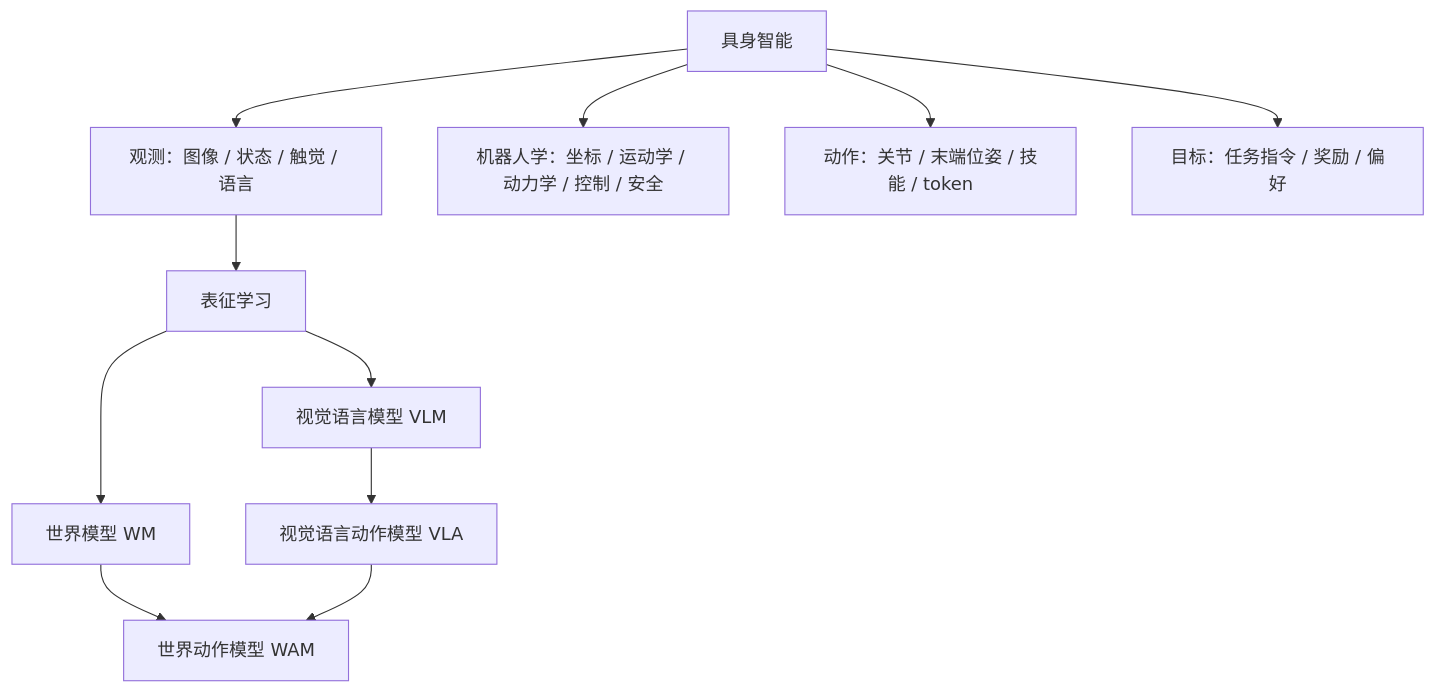
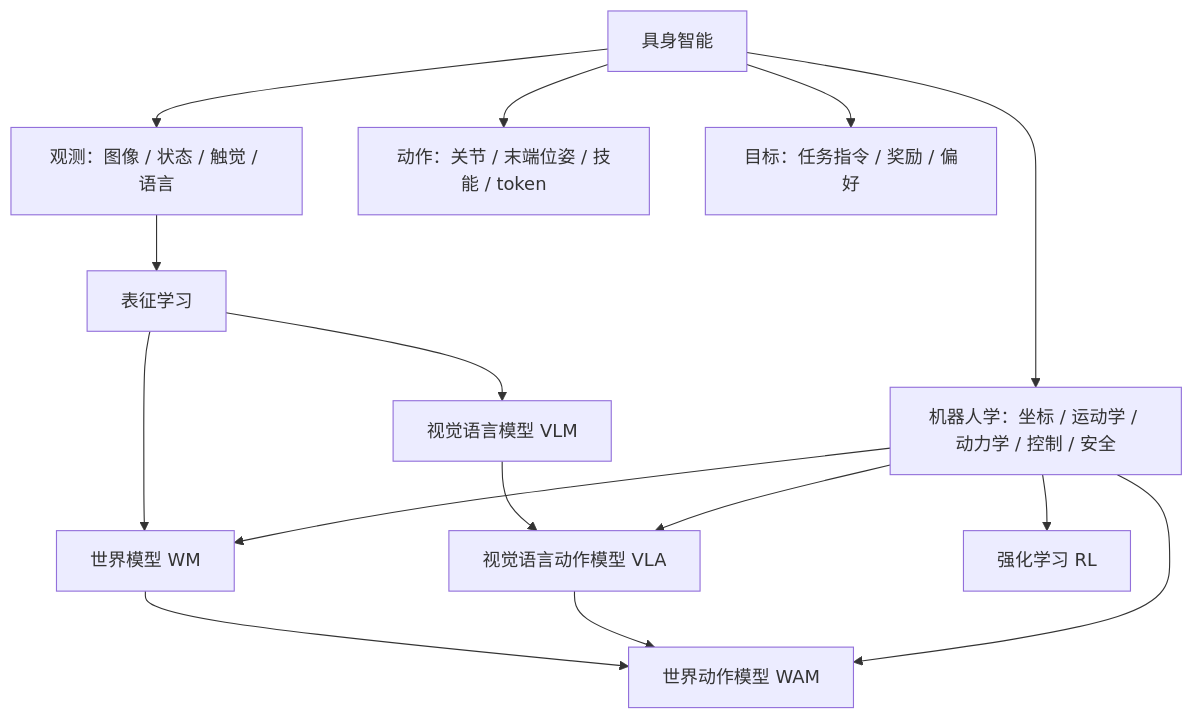
One commit to Faraday-2024/Embodied-AI-Start changed the second of 8 diagrams in docs/knowledge-map.md. Above: the diagram before and after it, drawn with Mermaid.

````diff
--- a/docs/knowledge-map.md
+++ b/docs/knowledge-map.md
@@ -27,15 +27,20 @@
 ```mermaid
 flowchart TD
     ROOT["具身智能"] --> OBS["观测：图像 / 状态 / 触觉 / 语言"]
     ROOT --> ROB["机器人学：坐标 / 运动学 / 动力学 / 控制 / 安全"]
     ROOT --> ACT["动作：关节 / 末端位姿 / 技能 / token"]
     ROOT --> OBJ["目标：任务指令 / 奖励 / 偏好"]
 
     OBS --> REP["表征学习"]
     REP --> VLM["视觉语言模型 VLM"]
     REP --> WM["世界模型 WM"]
 
     VLM --> VLA["视觉语言动作模型 VLA"]
     WM --> WAM["世界动作模型 WAM"]
     VLA --> WAM
+
+    ROB --> WM
+    ROB --> VLA
+    ROB --> WAM
+    ROB --> RL["强化学习 RL"]
 ```
````
